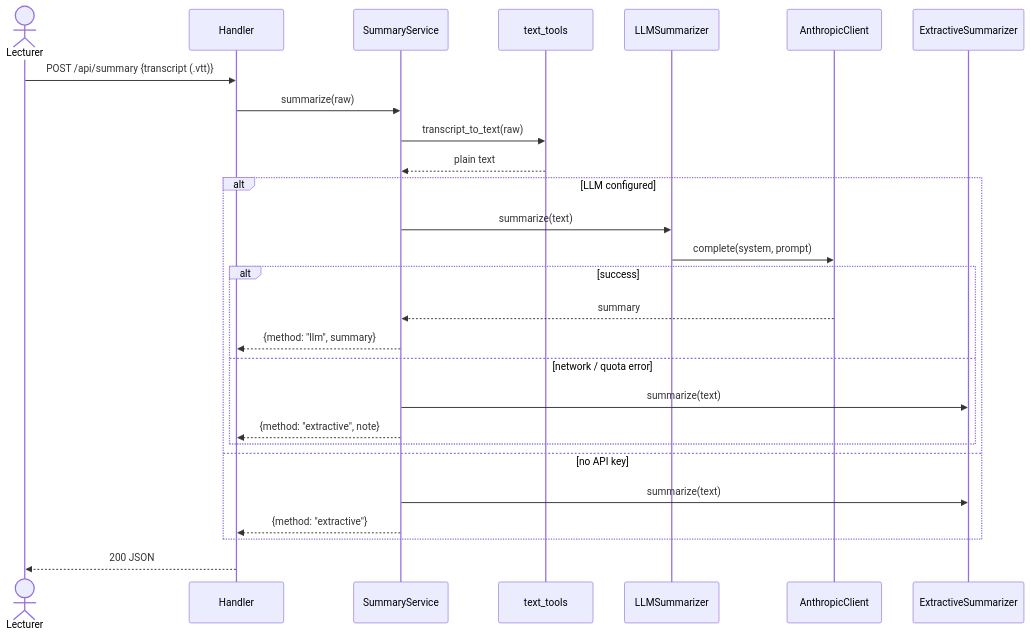
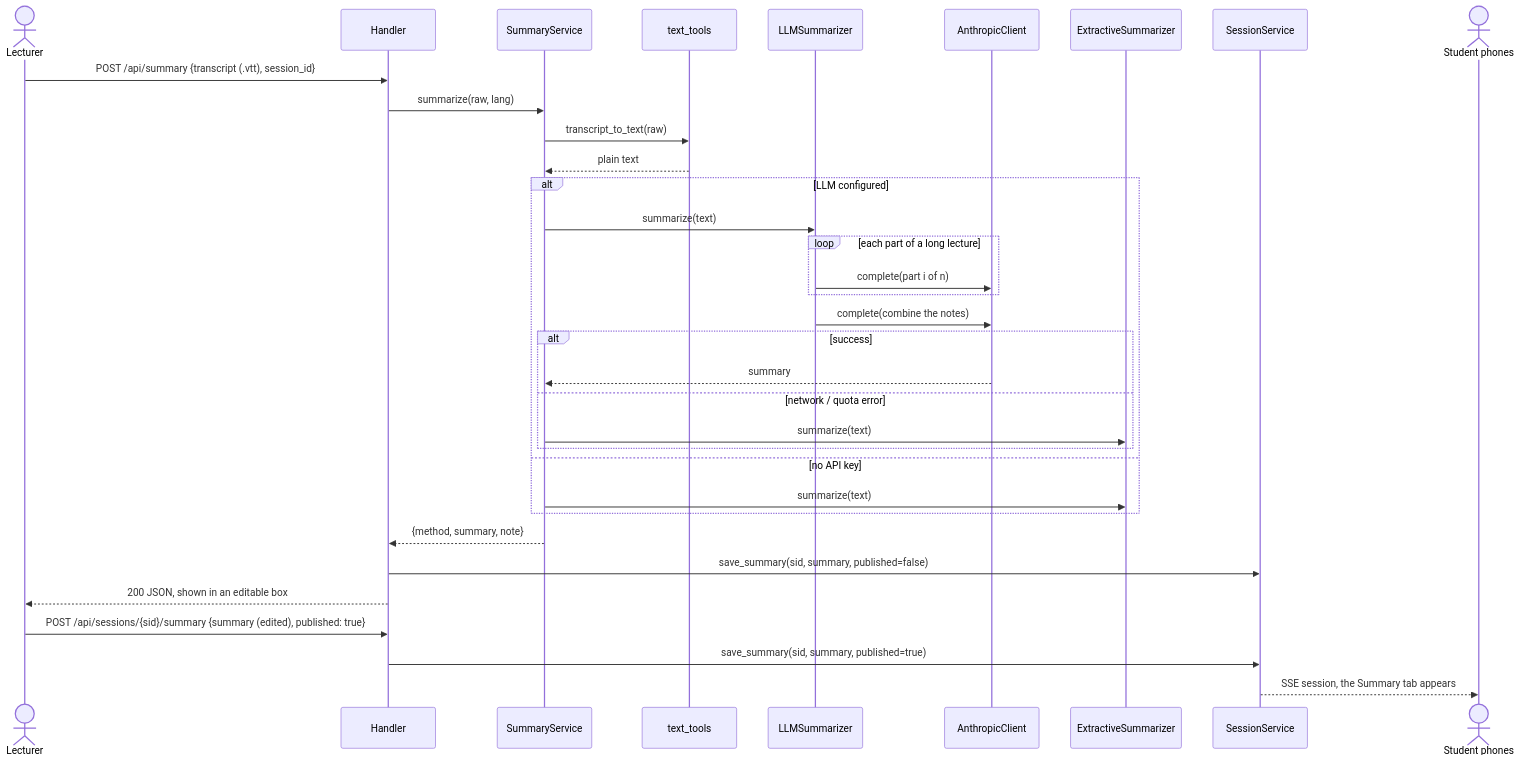
The fifth of 6 diagrams in docs/07-sequence-diagrams.md (roneliyahu2001/oop-ex2-classpulse), drawn with Mermaid before and after one commit. The commit also changed other lines of this file and 47 other files, not shown here.

````diff
--- a/docs/07-sequence-diagrams.md
+++ b/docs/07-sequence-diagrams.md
@@ -98,30 +136,37 @@
 ```mermaid
 sequenceDiagram
   actor Lc as Lecturer
   participant H as Handler
   participant SS as SummaryService
   participant TT as text_tools
   participant LS as LLMSummarizer
   participant LLM as AnthropicClient
   participant ES as ExtractiveSummarizer
+  participant S as SessionService
+  actor St as Student phones
 
-  Lc->>H: POST /api/summary {transcript (.vtt)}
-  H->>SS: summarize(raw)
+  Lc->>H: POST /api/summary {transcript (.vtt), session_id}
+  H->>SS: summarize(raw, lang)
   SS->>TT: transcript_to_text(raw)
   TT-->>SS: plain text
   alt LLM configured
     SS->>LS: summarize(text)
-    LS->>LLM: complete(system, prompt)
+    loop each part of a long lecture
+      LS->>LLM: complete(part i of n)
+    end
+    LS->>LLM: complete(combine the notes)
     alt success
       LLM-->>SS: summary
-      SS-->>H: {method: "llm", summary}
     else network / quota error
       SS->>ES: summarize(text)
-      SS-->>H: {method: "extractive", note}
     end
   else no API key
     SS->>ES: summarize(text)
-    SS-->>H: {method: "extractive"}
   end
-  H-->>Lc: 200 JSON
+  SS-->>H: {method, summary, note}
+  H->>S: save_summary(sid, summary, published=false)
+  H-->>Lc: 200 JSON, shown in an editable box
+  Lc->>H: POST /api/sessions/{sid}/summary {summary (edited), published: true}
+  H->>S: save_summary(sid, summary, published=true)
+  S-->>St: SSE session, the Summary tab appears
 ```
````
